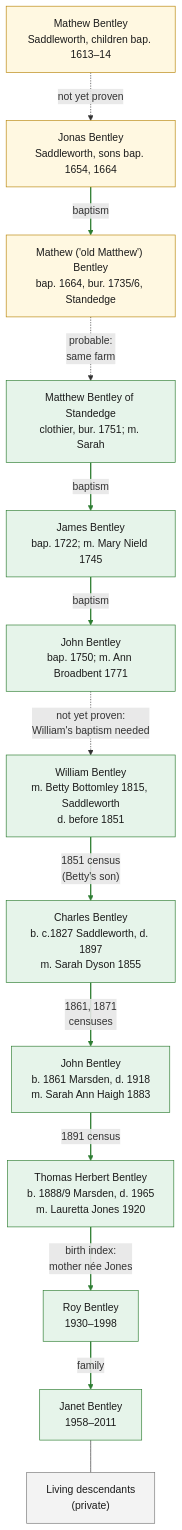
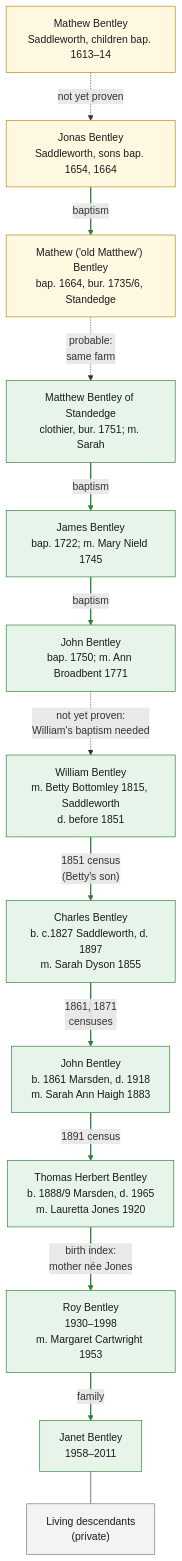
One commit to OPISGUY/Bentley-Family-History changed the diagram in family-tree.md. Above: the diagram before and after it, drawn with Mermaid. The commit also changed other lines of this file and 4 other files, not shown here.

First line of the commit message:
Add Margaret Cartwright (1934-1991), Roy Bentley's wife

````diff
--- a/family-tree.md
+++ b/family-tree.md
@@ -17,35 +17,35 @@
 ```mermaid
 flowchart TD
     classDef found fill:#e6f4ea,stroke:#2e7d32,color:#1b1b1b
     classDef probable fill:#fff8e1,stroke:#b8860b,color:#1b1b1b
     classDef gap fill:#f3f3f3,stroke:#777777,color:#1b1b1b
 
     A1["Mathew Bentley<br/>Saddleworth, children bap. 1613–14"]:::probable
     A2["Jonas Bentley<br/>Saddleworth, sons bap. 1654, 1664"]:::probable
     A3["Mathew ('old Matthew') Bentley<br/>bap. 1664, bur. 1735/6, Standedge"]:::probable
     A4["Matthew Bentley of Standedge<br/>clothier, bur. 1751; m. Sarah"]:::found
     A5["James Bentley<br/>bap. 1722; m. Mary Nield 1745"]:::found
     A6["John Bentley<br/>bap. 1750; m. Ann Broadbent 1771"]:::found
     B1["William Bentley<br/>m. Betty Bottomley 1815, Saddleworth<br/>d. before 1851"]:::found
     B2["Charles Bentley<br/>b. c.1827 Saddleworth, d. 1897<br/>m. Sarah Dyson 1855"]:::found
     B3["John Bentley<br/>b. 1861 Marsden, d. 1918<br/>m. Sarah Ann Haigh 1883"]:::found
     B4["Thomas Herbert Bentley<br/>b. 1888/9 Marsden, d. 1965<br/>m. Lauretta Jones 1920"]:::found
-    B5["Roy Bentley<br/>1930–1998"]:::found
+    B5["Roy Bentley<br/>1930–1998<br/>m. Margaret Cartwright 1953"]:::found
     B6["Janet Bentley<br/>1958–2011"]:::found
     P["Living descendants<br/>(private)"]:::gap
 
     A1 -.->|not yet proven| A2
     A2 -->|baptism| A3
     A3 -.->|"probable:<br/>same farm"| A4
     A4 -->|baptism| A5
     A5 -->|baptism| A6
     A6 -.->|"not yet proven:<br/>William's baptism needed"| B1
     B1 -->|"1851 census<br/>(Betty's son)"| B2
     B2 -->|"1861, 1871<br/>censuses"| B3
     B3 -->|"1891 census"| B4
     B4 -->|"birth index:<br/>mother née Jones"| B5
     B5 -->|family| B6
     B6 --- P
 
     linkStyle 1,3,4,6,7,8,9,10 stroke:#2e7d32,stroke-width:2px
 ```
````
